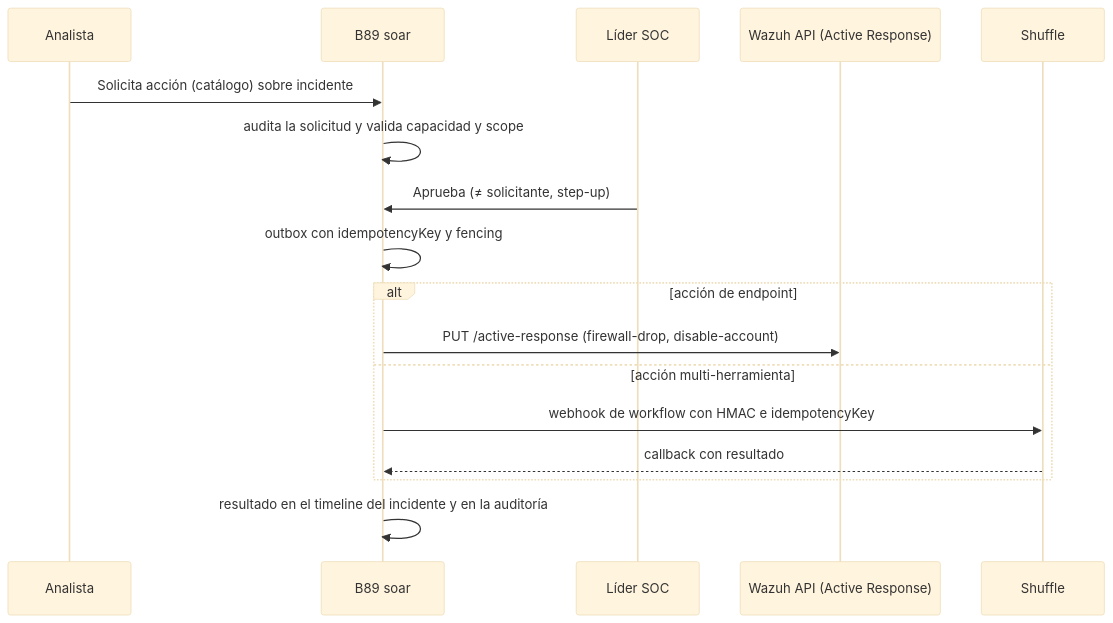
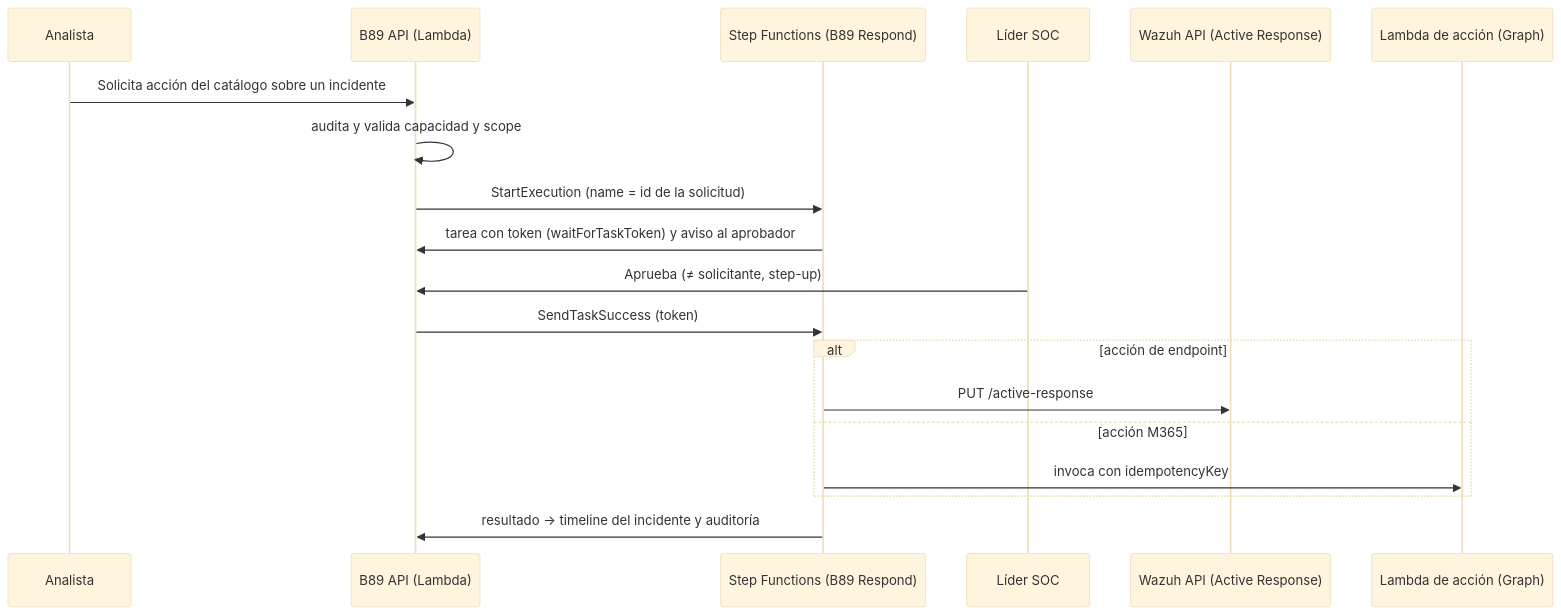
One commit to CyberStill-GmbH/b89-secops changed the diagram in docs/07-deteccion-ml-y-soar.md. Above: the diagram before and after it, drawn with Mermaid (base theme). The commit also changed other lines of this file and 45 other files, not shown here.

````diff
--- a/docs/07-deteccion-ml-y-soar.md
+++ b/docs/07-deteccion-ml-y-soar.md
@@ -75,19 +73,21 @@
 ```mermaid
 sequenceDiagram
   participant A as Analista
-  participant Q as B89 soar
+  participant API as B89 API (Lambda)
+  participant SF as Step Functions (B89 Respond)
   participant L as Líder SOC
   participant W as Wazuh API (Active Response)
-  participant S as Shuffle
-  A->>Q: Solicita acción (catálogo) sobre incidente
-  Q->>Q: audita la solicitud y valida capacidad y scope
-  L->>Q: Aprueba (≠ solicitante, step-up)
-  Q->>Q: outbox con idempotencyKey y fencing
+  participant X as Lambda de acción (Graph)
+  A->>API: Solicita acción del catálogo sobre un incidente
+  API->>API: audita y valida capacidad y scope
+  API->>SF: StartExecution (name = id de la solicitud)
+  SF->>API: tarea con token (waitForTaskToken) y aviso al aprobador
+  L->>API: Aprueba (≠ solicitante, step-up)
+  API->>SF: SendTaskSuccess (token)
   alt acción de endpoint
-    Q->>W: PUT /active-response (firewall-drop, disable-account)
-  else acción multi-herramienta
-    Q->>S: webhook de workflow con HMAC e idempotencyKey
-    S-->>Q: callback con resultado
+    SF->>W: PUT /active-response
+  else acción M365
+    SF->>X: invoca con idempotencyKey
   end
-  Q->>Q: resultado en el timeline del incidente y en la auditoría
+  SF->>API: resultado → timeline del incidente y auditoría
 ```
````
